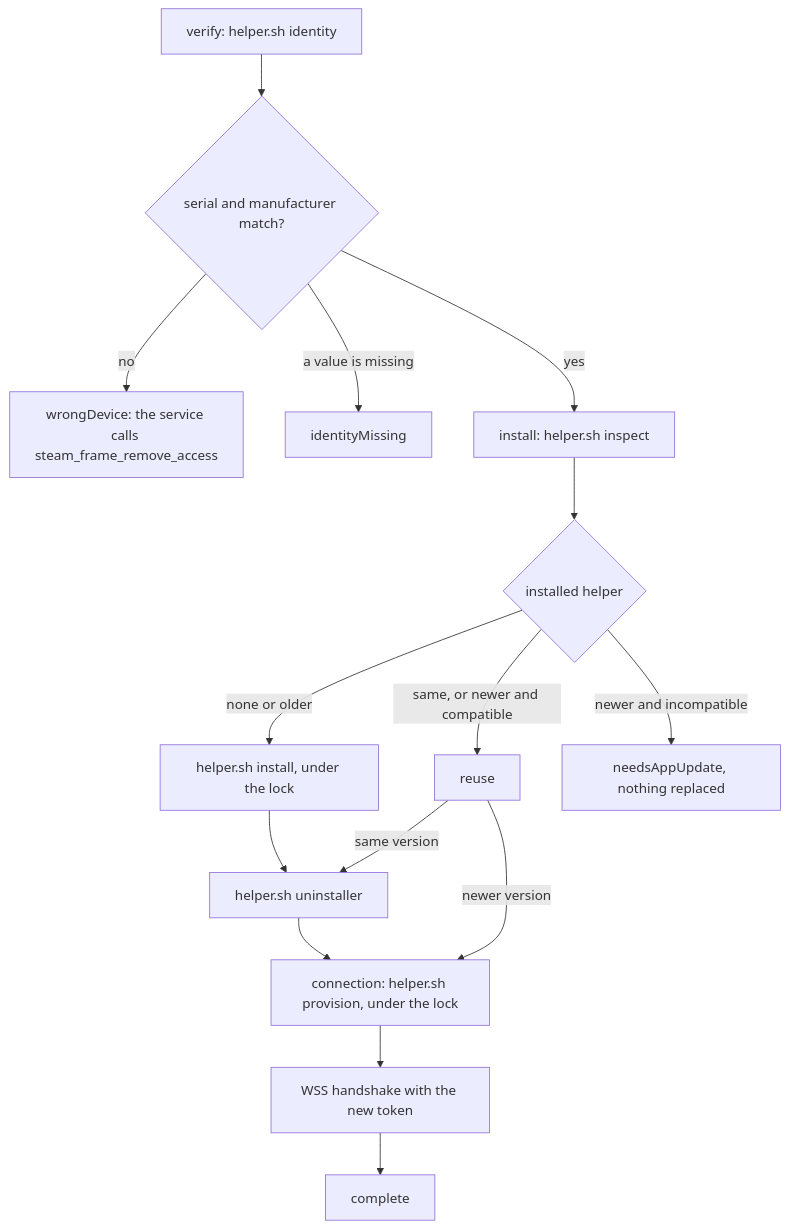
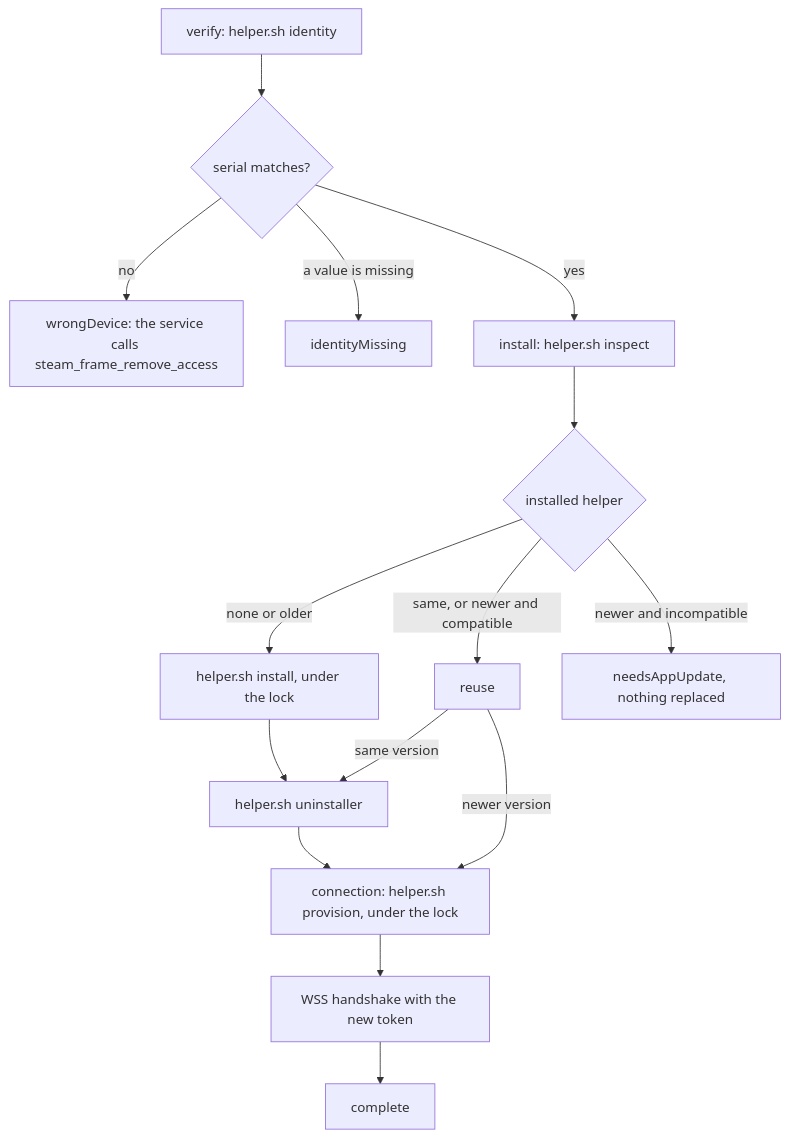
One commit to Raphiiko/OyasumiVR changed the third of 6 diagrams in docs/agents/steam-frame-pairing.md. Above: the diagram before and after it, drawn with Mermaid. The commit also changed other lines of this file and 3 other files, not shown here.

````diff
--- a/docs/agents/steam-frame-pairing.md
+++ b/docs/agents/steam-frame-pairing.md
@@ -108,17 +109,17 @@
 ```mermaid
 flowchart TD
-  A["verify: helper.sh identity"] --> B{"serial and manufacturer match?"}
+  A["verify: helper.sh identity"] --> B{"serial matches?"}
   B -- "no" --> W["wrongDevice: the service calls steam_frame_remove_access"]
   B -- "a value is missing" --> M["identityMissing"]
   B -- "yes" --> C["install: helper.sh inspect"]
   C --> D{"installed helper"}
   D -- "none or older" --> E["helper.sh install, under the lock"]
   D -- "same, or newer and compatible" --> F["reuse"]
   D -- "newer and incompatible" --> N["needsAppUpdate, nothing replaced"]
   E --> G["helper.sh uninstaller"]
   F -- "same version" --> G
   F -- "newer version" --> H
   G --> H["connection: helper.sh provision, under the lock"]
   H --> I["WSS handshake with the new token"]
   I --> J["complete"]
 ```
````
